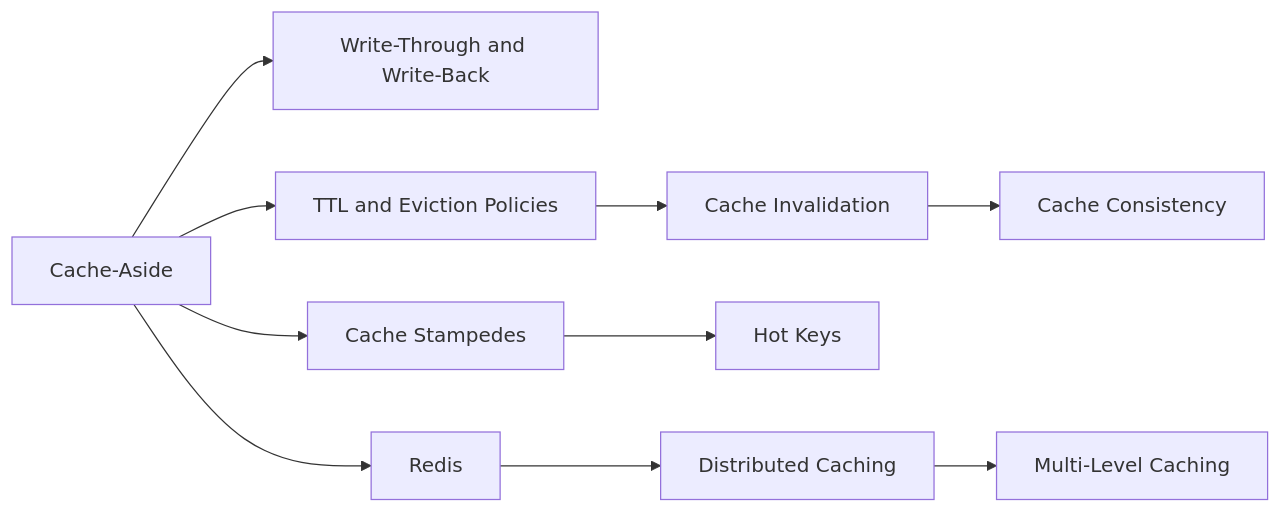
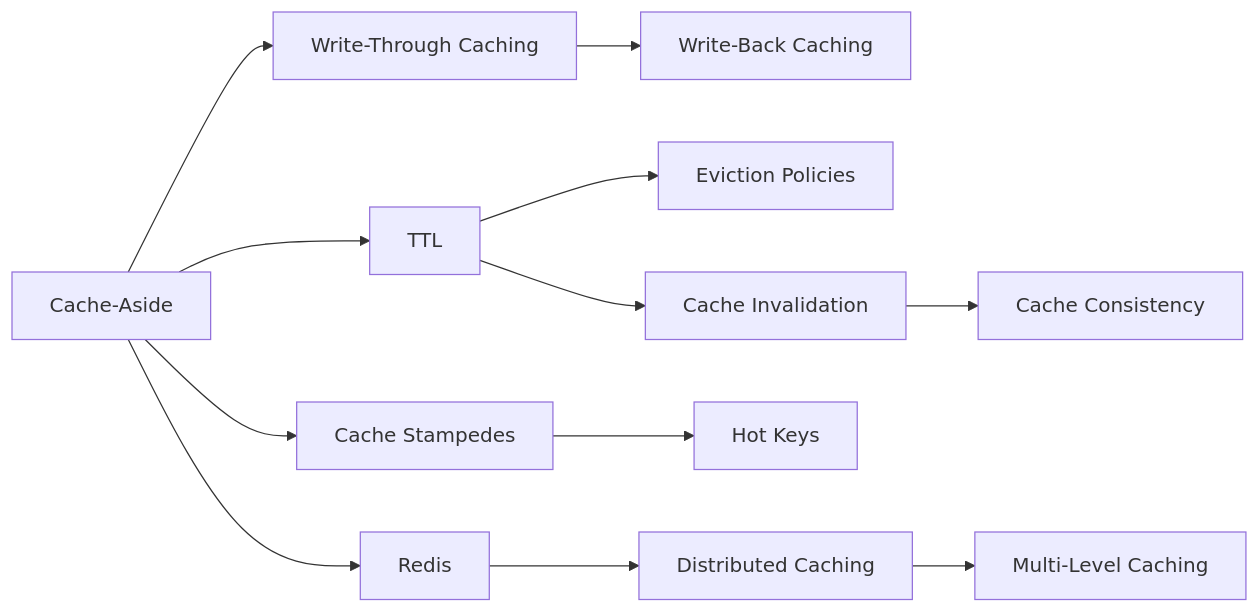
The diagram in HLD/01 HLD & System Design/Caching/Caching MOC.md (kunal-ladh/learn-system-design), drawn with Mermaid before and after one commit. The commit also changed other lines of this file and 195 other files, not shown here.

````diff
--- a/HLD/01 HLD & System Design/Caching/Caching MOC.md
+++ b/HLD/01 HLD & System Design/Caching/Caching MOC.md
@@ -23,12 +25,15 @@
 ```mermaid
 flowchart LR
-    A[Cache-Aside] --> B[Write-Through and Write-Back]
-    A --> C[TTL and Eviction Policies]
-    C --> D[Cache Invalidation]
+    A[Cache-Aside] --> B1[Write-Through Caching]
+    B1 --> B2[Write-Back Caching]
+    A --> C1[TTL]
+    C1 --> C2[Eviction Policies]
+    C1 --> D[Cache Invalidation]
     D --> E[Cache Consistency]
     A --> F[Cache Stampedes]
     F --> G[Hot Keys]
     A --> H[Redis]
     H --> I[Distributed Caching]
     I --> J[Multi-Level Caching]
+    class A,B1,B2,C1,C2,D,E,F,G,H,I,J internal-link;
 ```
````
